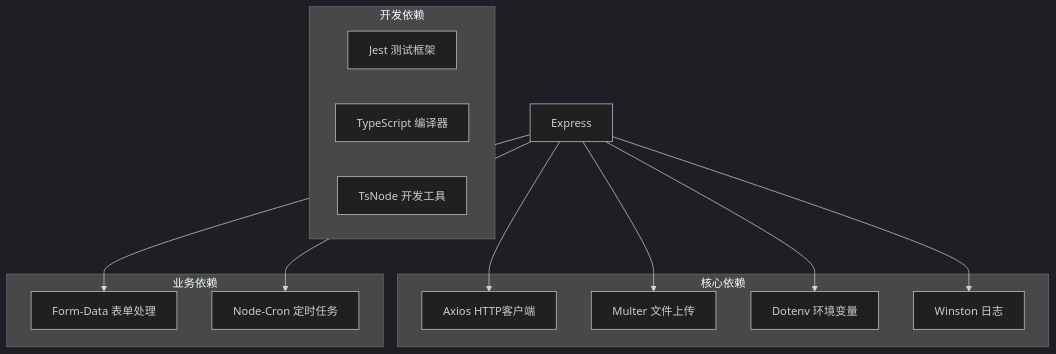
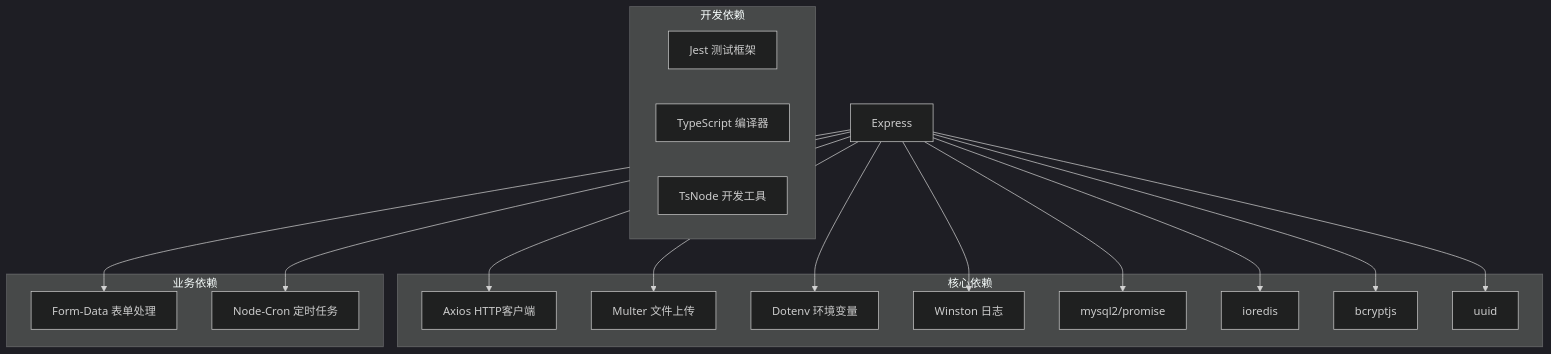
Before and after one commit to songdiyang/clawOperations: diagram 12 of 13 in .qoder/repowiki/zh/content/Legacy Upload System Removed.md, drawn with Mermaid (dark theme). The commit also changed other lines of this file and 10 other files, not shown here.

````diff
--- a/.qoder/repowiki/zh/content/Legacy Upload System Removed.md
+++ b/.qoder/repowiki/zh/content/Legacy Upload System Removed.md
@@ -367,24 +587,32 @@
 ```mermaid
 graph TB
 subgraph "核心依赖"
 Axios[Axios HTTP客户端]
 Multer[Multer 文件上传]
 Dotenv[Dotenv 环境变量]
 Winston[Winston 日志]
+MySQL2[mysql2/promise]
+Redis[ioredis]
+Bcrypt[bcryptjs]
+UUID[uuid]
 end
 subgraph "开发依赖"
 Jest[Jest 测试框架]
 Typescript[TypeScript 编译器]
 TsNode[TsNode 开发工具]
 end
 subgraph "业务依赖"
 FormData[Form-Data 表单处理]
 NodeCron[Node-Cron 定时任务]
 end
 Express --> Multer
 Express --> Dotenv
 Express --> Winston
 Express --> Axios
 Express --> FormData
 Express --> NodeCron
+Express --> MySQL2
+Express --> Redis
+Express --> Bcrypt
+Express --> UUID
 ```
````
